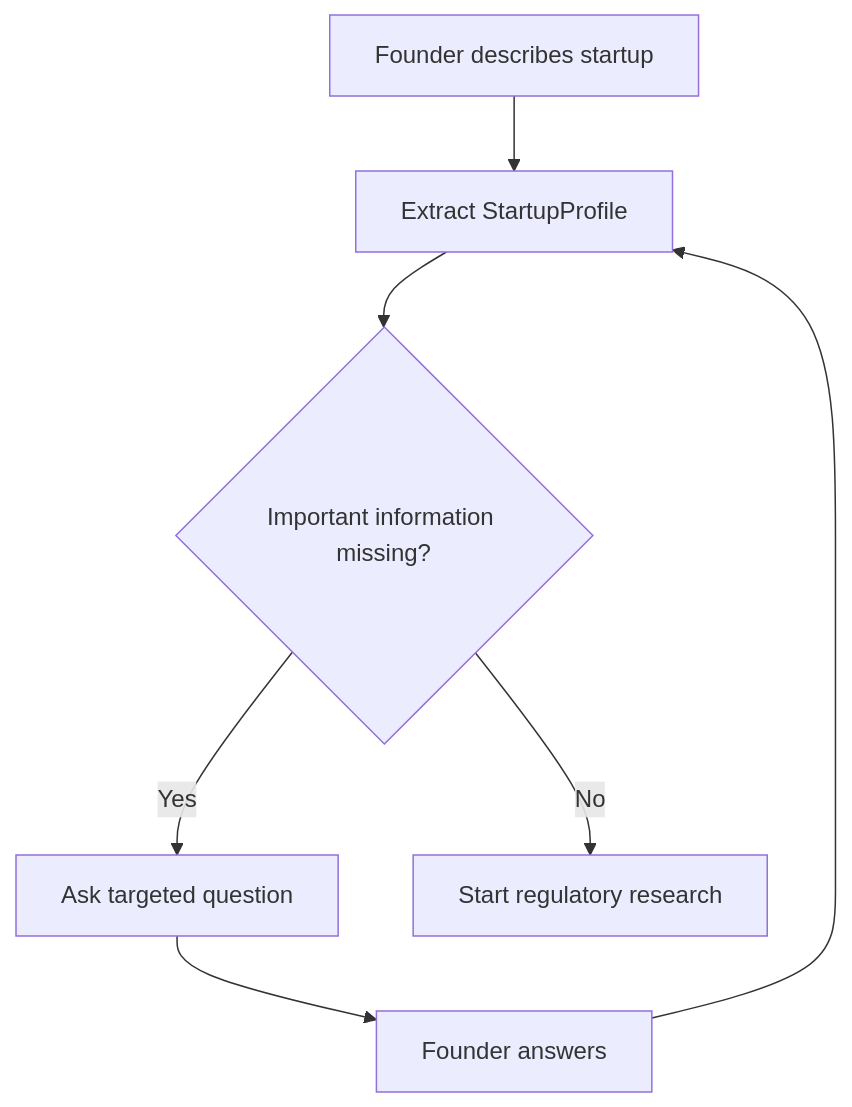
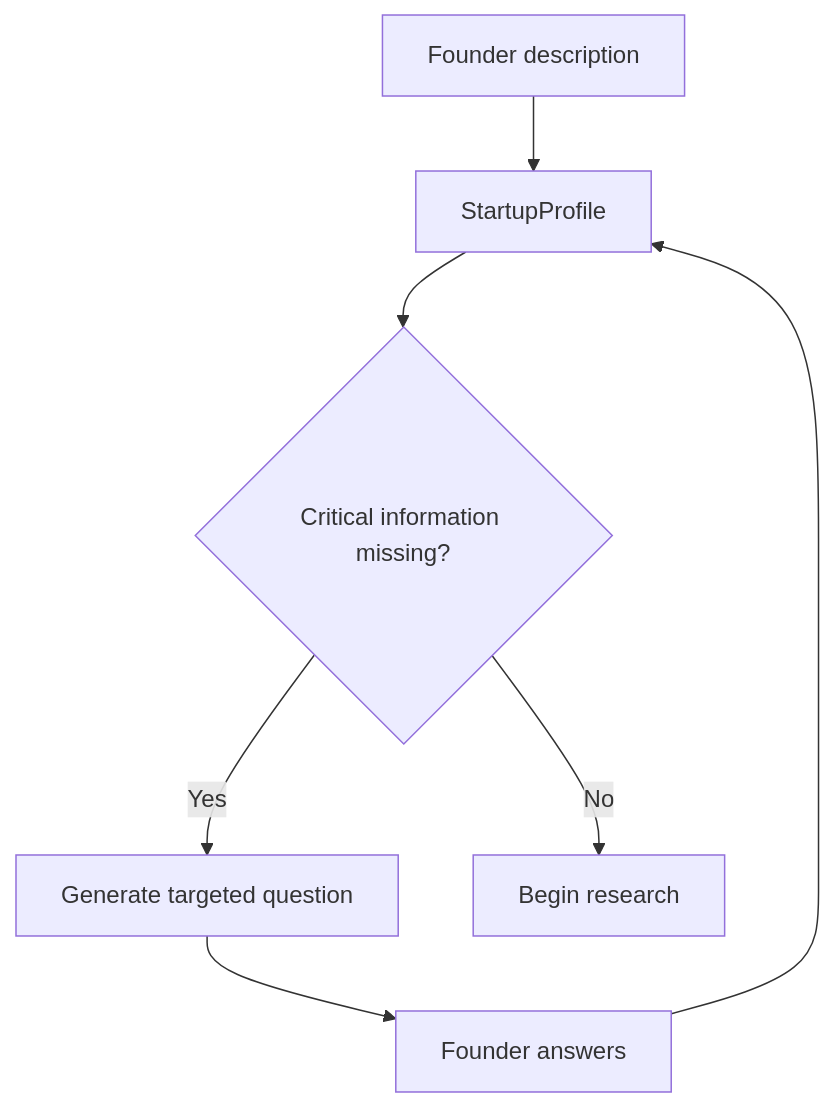
Before and after one commit to vishalsingh2972/CanIShipEU: the second of 6 diagrams in README.md, drawn with Mermaid. The commit also changed other lines of this file, not shown here.

````diff
--- a/README.md
+++ b/README.md
@@ -279,11 +494,14 @@
 ```mermaid
 flowchart TD
-    A["Founder describes startup"] --> B["Extract StartupProfile"]
-    B --> C{"Important information missing?"}
+    A["Founder description"] --> B["StartupProfile"]
 
-    C -->|Yes| D["Ask targeted question"]
+    B --> C{"Critical information missing?"}
+
+    C -->|Yes| D["Generate targeted question"]
+
     D --> E["Founder answers"]
+
     E --> B
 
-    C -->|No| F["Start regulatory research"]
+    C -->|No| F["Begin research"]
 ```
````
